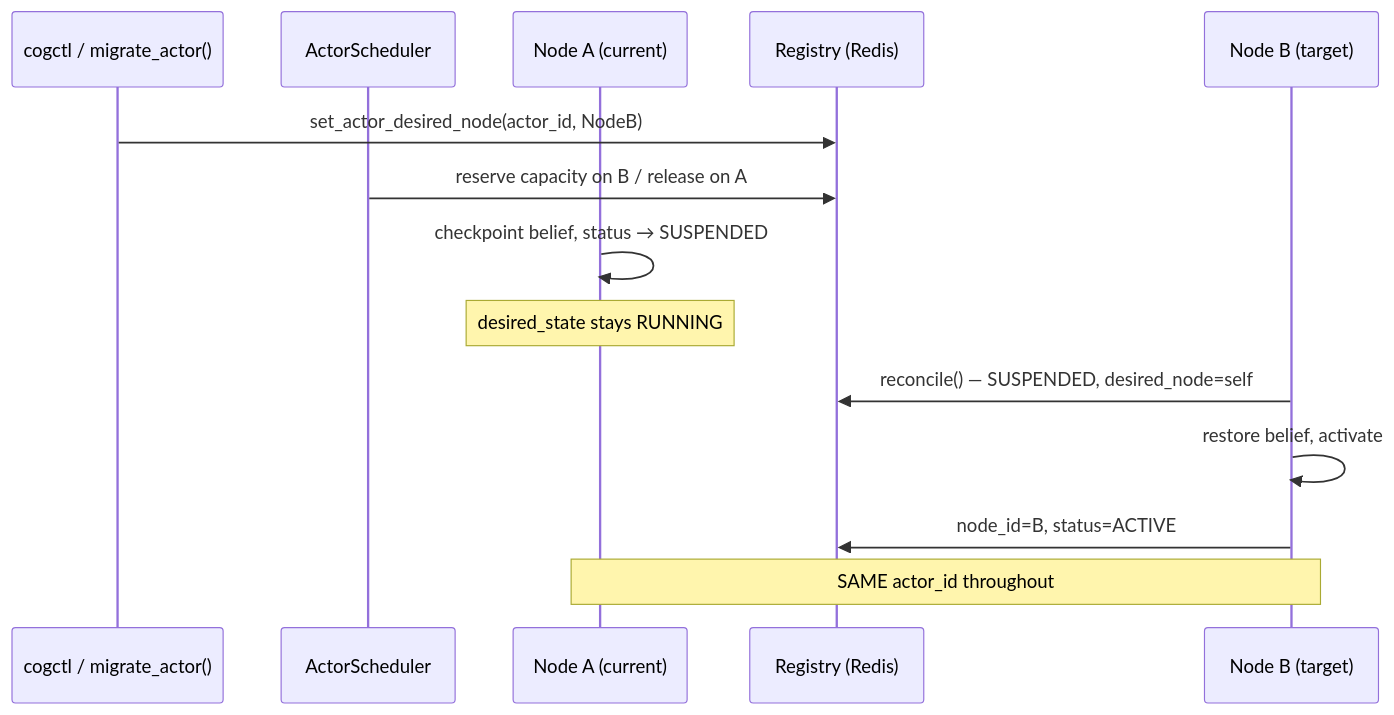
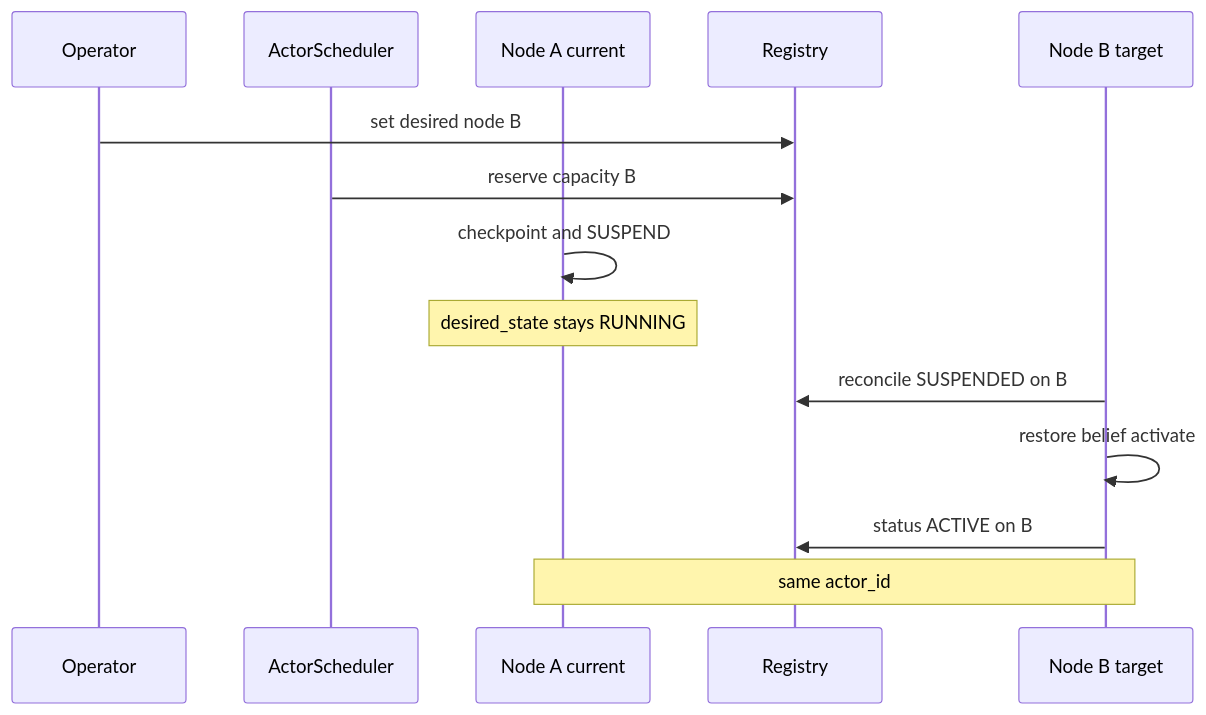
Before and after one commit to monkeypatched-stack/cogitive-os: diagram 17 of 22 in docs/DIAGRAMS.md, drawn with Mermaid. The commit also changed other lines of this file, not shown here.

Commit message:
adding diagrams

````diff
--- a/docs/DIAGRAMS.md
+++ b/docs/DIAGRAMS.md
@@ -553,17 +585,17 @@
 ```mermaid
 sequenceDiagram
-    participant Op as cogctl / migrate_actor()
+    participant Op as Operator
     participant Sched as ActorScheduler
-    participant NodeA as Node A (current)
-    participant Reg as Registry (Redis)
-    participant NodeB as Node B (target)
+    participant NodeA as Node A current
+    participant Reg as Registry
+    participant NodeB as Node B target
 
-    Op->>Reg: set_actor_desired_node(actor_id, NodeB)
-    Sched->>Reg: reserve capacity on B / release on A
-    NodeA->>NodeA: checkpoint belief, status → SUSPENDED
+    Op->>Reg: set desired node B
+    Sched->>Reg: reserve capacity B
+    NodeA->>NodeA: checkpoint and SUSPEND
     Note over NodeA: desired_state stays RUNNING
-    NodeB->>Reg: reconcile() — SUSPENDED, desired_node=self
-    NodeB->>NodeB: restore belief, activate
-    NodeB->>Reg: node_id=B, status=ACTIVE
-    Note over NodeA,NodeB: SAME actor_id throughout
+    NodeB->>Reg: reconcile SUSPENDED on B
+    NodeB->>NodeB: restore belief activate
+    NodeB->>Reg: status ACTIVE on B
+    Note over NodeA,NodeB: same actor_id
 ```
````
